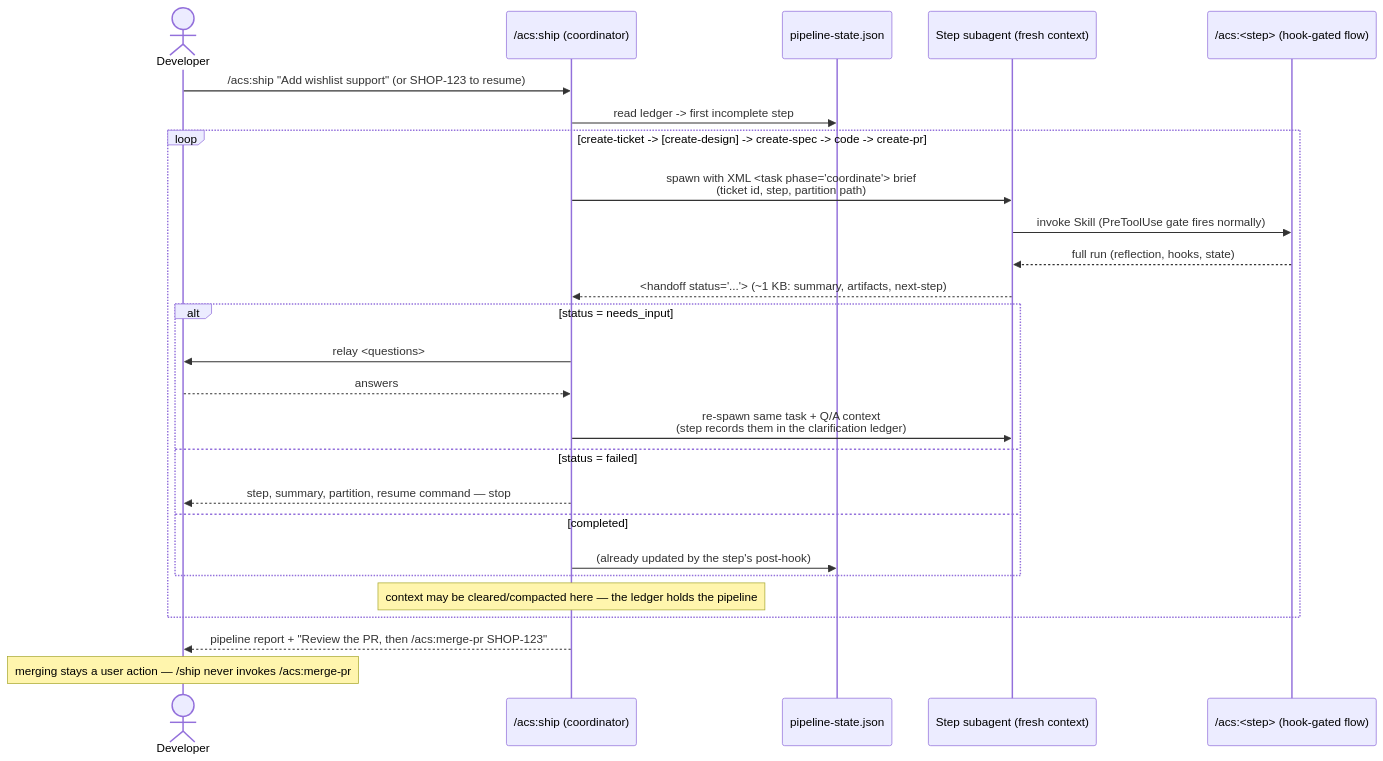
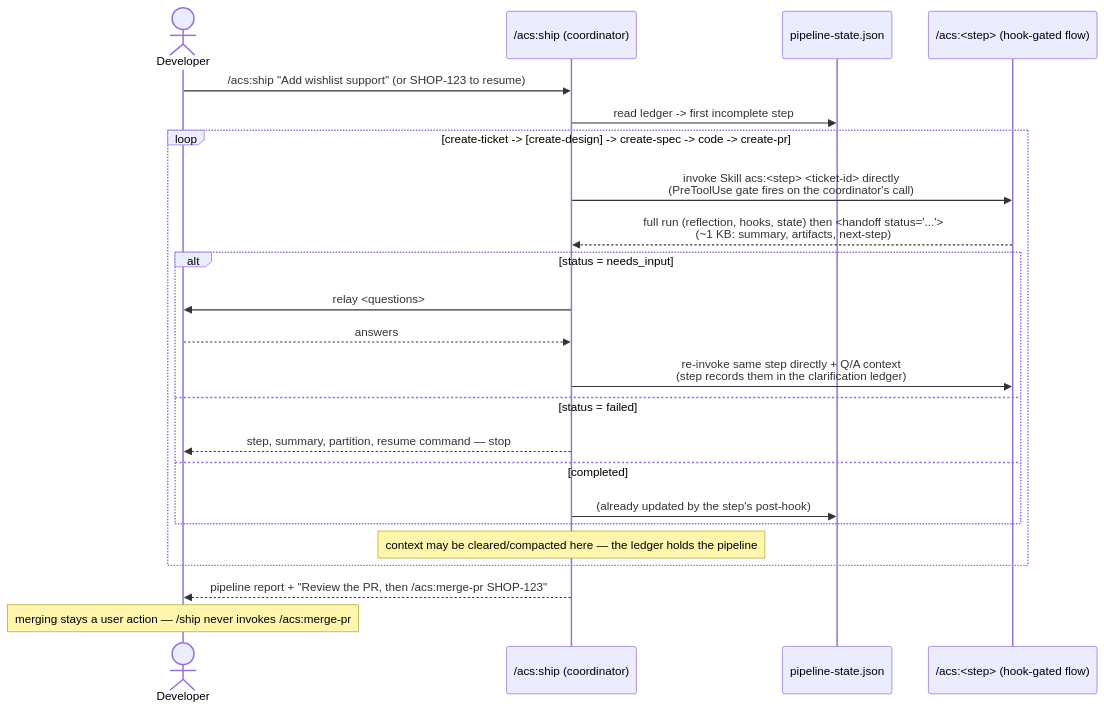
One commit to globalmindsolution/gms-marketplace changed the diagram in docs/architecture/lld/flows/ship-pipeline.md. Above: the diagram before and after it, drawn with Mermaid. The commit also changed other lines of this file and 21 other files, not shown here.

First line of the commit message:
[MAR-6] Fix /acs:ship so the coordinator invokes each step skill directly (subagents can't spawn subagents) (#43)

````diff
--- a/docs/architecture/lld/flows/ship-pipeline.md
+++ b/docs/architecture/lld/flows/ship-pipeline.md
@@ -7,29 +8,26 @@
 ```mermaid
 sequenceDiagram
     actor Dev as Developer
     participant SH as /acs:ship (coordinator)
     participant WS as pipeline-state.json
-    participant ST as Step subagent (fresh context)
     participant SK as /acs:<step> (hook-gated flow)
 
     Dev->>SH: /acs:ship "Add wishlist support"  (or SHOP-123 to resume)
     SH->>WS: read ledger -> first incomplete step
     loop create-ticket -> [create-design] -> create-spec -> code -> create-pr
-        SH->>ST: spawn with XML <task phase="coordinate"> brief<br/>(ticket id, step, partition path)
-        ST->>SK: invoke Skill (PreToolUse gate fires normally)
-        SK-->>ST: full run (reflection, hooks, state)
-        ST-->>SH: <handoff status="..."> (~1 KB: summary, artifacts, next-step)
+        SH->>SK: invoke Skill acs:<step> <ticket-id> directly<br/>(PreToolUse gate fires on the coordinator's call)
+        SK-->>SH: full run (reflection, hooks, state) then <handoff status="..."><br/>(~1 KB: summary, artifacts, next-step)
         alt status = needs_input
             SH->>Dev: relay <questions>
             Dev-->>SH: answers
-            SH->>ST: re-spawn same task + Q/A context<br/>(step records them in the clarification ledger)
+            SH->>SK: re-invoke same step directly + Q/A context<br/>(step records them in the clarification ledger)
         else status = failed
             SH-->>Dev: step, summary, partition, resume command — stop
         else completed
             SH->>WS: (already updated by the step's post-hook)
         end
         note over SH: context may be cleared/compacted here — the ledger holds the pipeline
     end
     SH-->>Dev: pipeline report + "Review the PR, then /acs:merge-pr SHOP-123"
     note over Dev: merging stays a user action — /ship never invokes /acs:merge-pr
 ```
````
